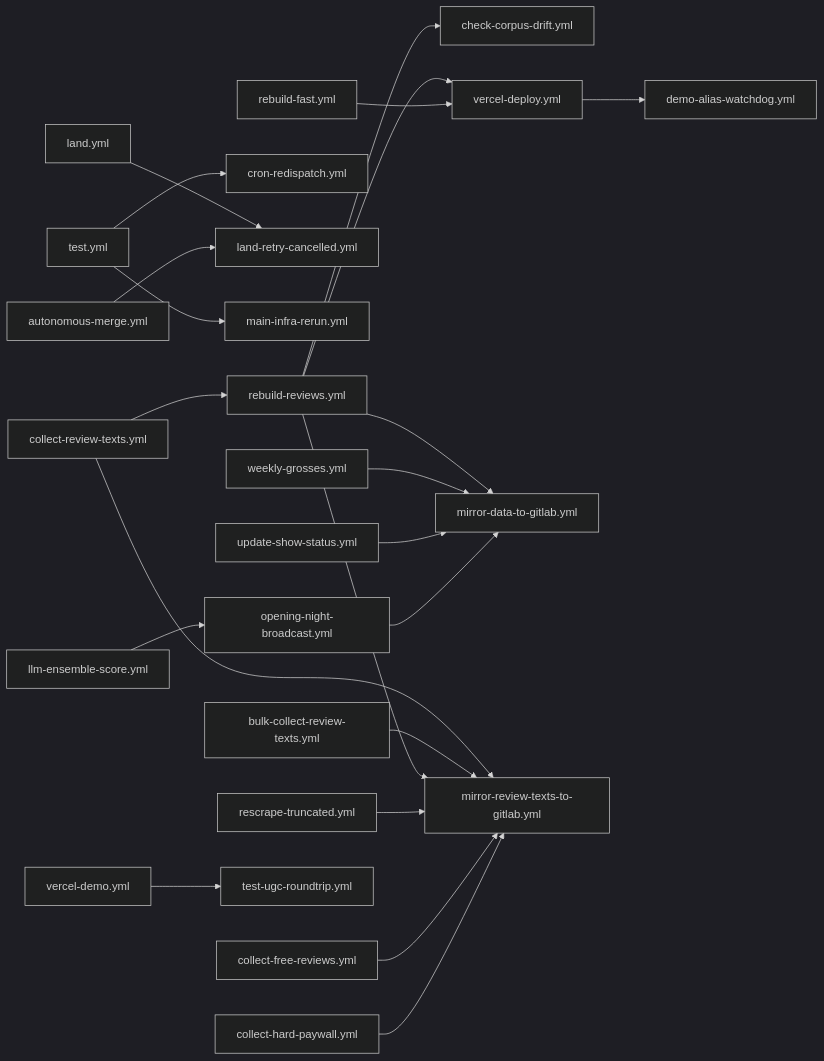
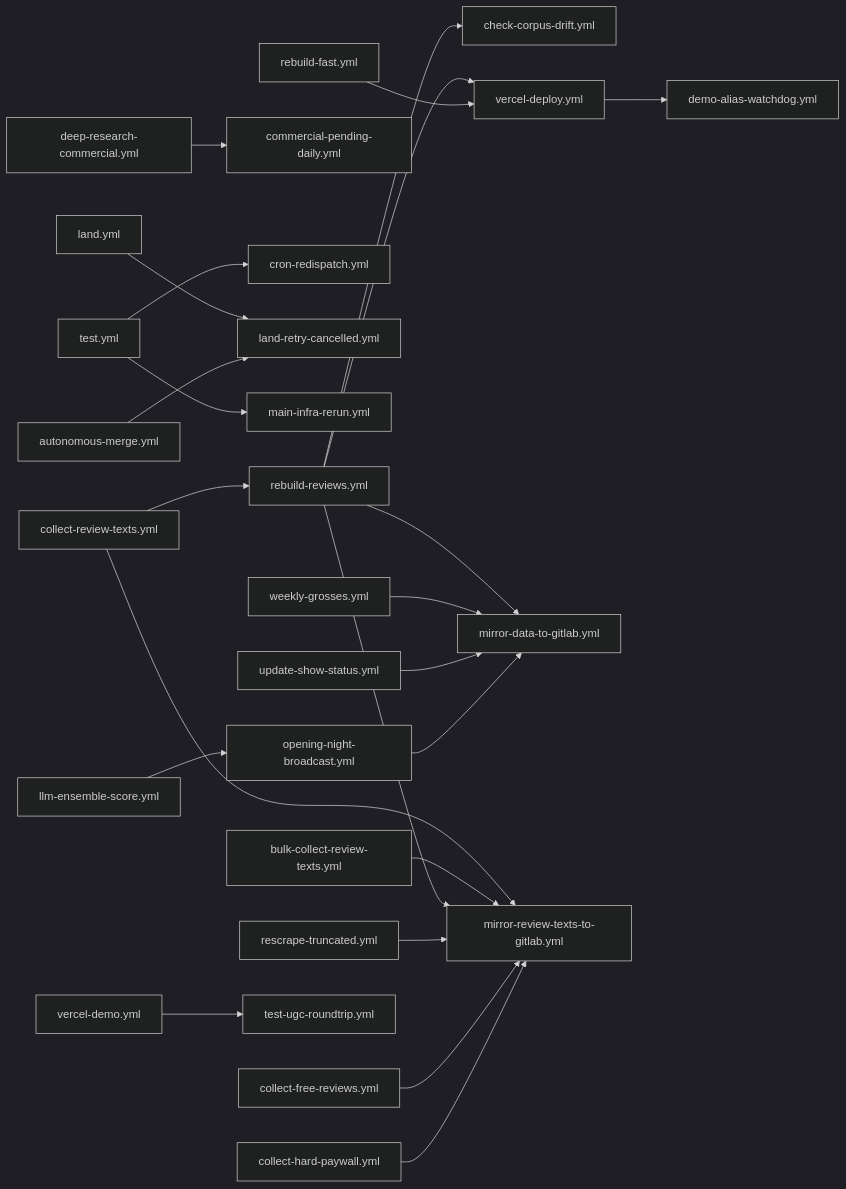
One commit to thomaspryor/Broadwayscore changed the diagram in .github/workflows/DEPENDENCIES.md. Above: the diagram before and after it, drawn with Mermaid (dark theme). The commit also changed other lines of this file and 13 other files, not shown here.

````diff
--- a/.github/workflows/DEPENDENCIES.md
+++ b/.github/workflows/DEPENDENCIES.md
@@ -21,24 +21,25 @@
 ```mermaid
 graph LR
   rebuild_reviews["rebuild-reviews.yml"] --> check_corpus_drift["check-corpus-drift.yml"]
+  deep_research_commercial["deep-research-commercial.yml"] --> commercial_pending_daily["commercial-pending-daily.yml"]
   test["test.yml"] --> cron_redispatch["cron-redispatch.yml"]
   vercel_deploy["vercel-deploy.yml"] --> demo_alias_watchdog["demo-alias-watchdog.yml"]
   land["land.yml"] --> land_retry_cancelled["land-retry-cancelled.yml"]
   autonomous_merge["autonomous-merge.yml"] --> land_retry_cancelled["land-retry-cancelled.yml"]
   test["test.yml"] --> main_infra_rerun["main-infra-rerun.yml"]
   rebuild_reviews["rebuild-reviews.yml"] --> mirror_data_to_gitlab["mirror-data-to-gitlab.yml"]
   weekly_grosses["weekly-grosses.yml"] --> mirror_data_to_gitlab["mirror-data-to-gitlab.yml"]
   update_show_status["update-show-status.yml"] --> mirror_data_to_gitlab["mirror-data-to-gitlab.yml"]
   opening_night_broadcast["opening-night-broadcast.yml"] --> mirror_data_to_gitlab["mirror-data-to-gitlab.yml"]
   collect_review_texts["collect-review-texts.yml"] --> mirror_review_texts_to_gitlab["mirror-review-texts-to-gitlab.yml"]
   bulk_collect_review_texts["bulk-collect-review-texts.yml"] --> mirror_review_texts_to_gitlab["mirror-review-texts-to-gitlab.yml"]
   rebuild_reviews["rebuild-reviews.yml"] --> mirror_review_texts_to_gitlab["mirror-review-texts-to-gitlab.yml"]
   rescrape_truncated["rescrape-truncated.yml"] --> mirror_review_texts_to_gitlab["mirror-review-texts-to-gitlab.yml"]
   collect_free_reviews["collect-free-reviews.yml"] --> mirror_review_texts_to_gitlab["mirror-review-texts-to-gitlab.yml"]
   collect_hard_paywall["collect-hard-paywall.yml"] --> mirror_review_texts_to_gitlab["mirror-review-texts-to-gitlab.yml"]
   llm_ensemble_score["llm-ensemble-score.yml"] --> opening_night_broadcast["opening-night-broadcast.yml"]
   collect_review_texts["collect-review-texts.yml"] --> rebuild_reviews["rebuild-reviews.yml"]
   vercel_demo["vercel-demo.yml"] --> test_ugc_roundtrip["test-ugc-roundtrip.yml"]
   rebuild_reviews["rebuild-reviews.yml"] --> vercel_deploy["vercel-deploy.yml"]
   rebuild_fast["rebuild-fast.yml"] --> vercel_deploy["vercel-deploy.yml"]
 ```
````
